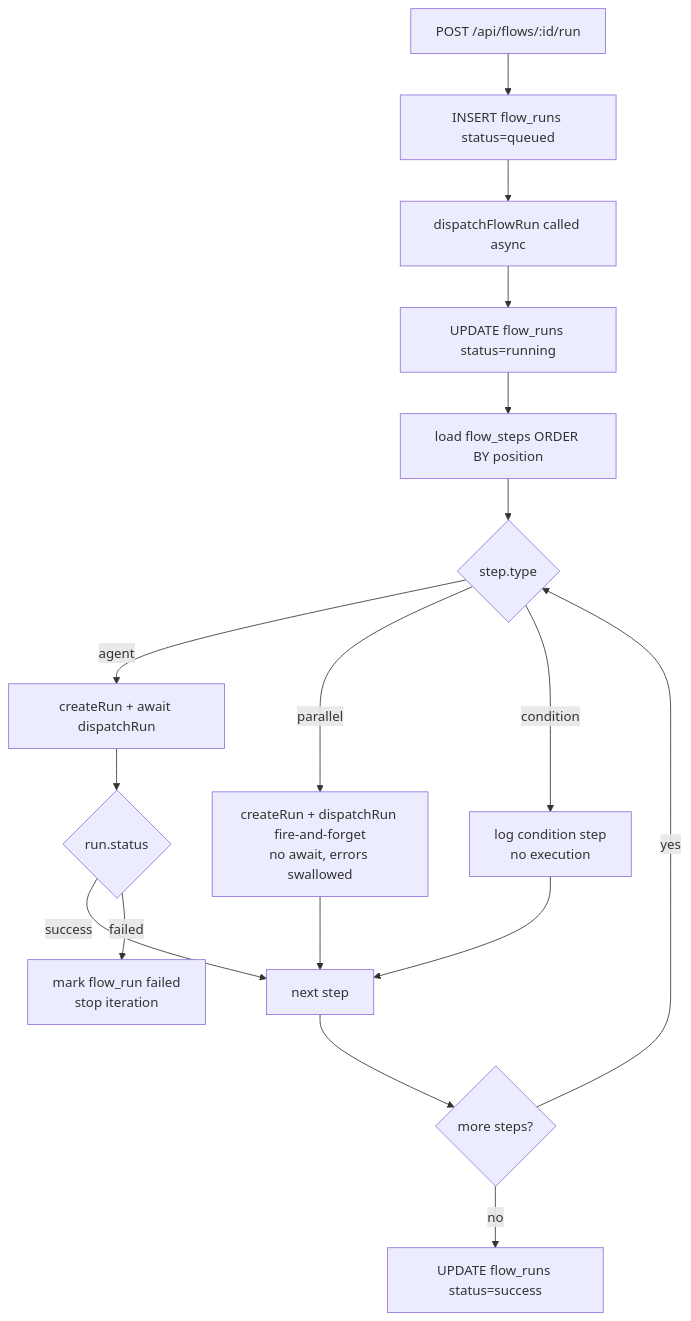
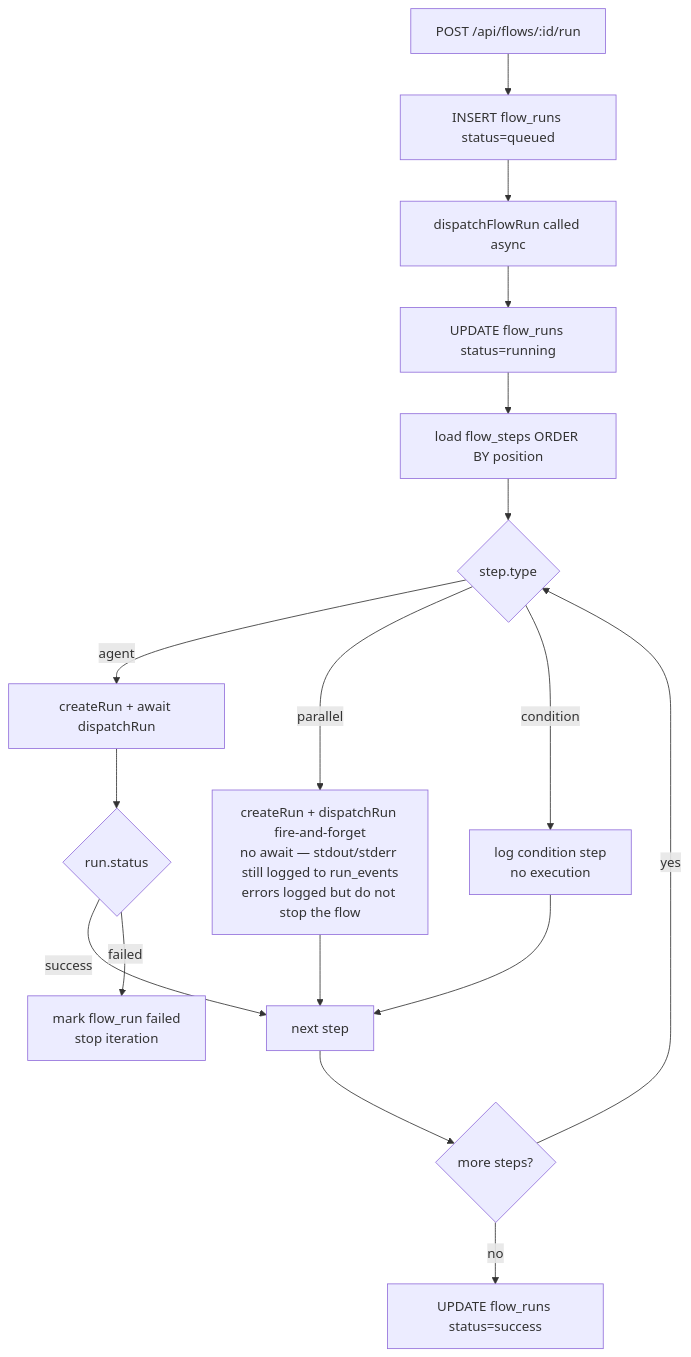
The third of 3 diagrams in docs/06-event-and-run-lifecycle.md (garciarsdiego/Foundry-Git), drawn with Mermaid before and after one commit. The commit also changed other lines of this file and 2 other files, not shown here.

Commit message:
docs: address review feedback on auth, lifecycle, and agent memory docs
- 04-auth-and-rbac.md: clarify FOUNDRY_ADMIN_PASSWORD and FOUNDRY_JWT_SECRET
  are two distinct environment variables with separate purposes
- 06-event-and-run-lifecycle.md: clarify parallel step failures are still logged
  to run_events and can be monitored via SSE; they do not stop the flow
- 09-agent-configuration.md: fix agent_memories schema — use memory_key and
  content column names matching actual SQLite schema; add session_id field

````diff
--- a/docs/06-event-and-run-lifecycle.md
+++ b/docs/06-event-and-run-lifecycle.md
@@ -244,23 +244,23 @@
 ```mermaid
 flowchart TD
     A[POST /api/flows/:id/run] --> B[INSERT flow_runs status=queued]
     B --> C[dispatchFlowRun called async]
     C --> D[UPDATE flow_runs status=running]
     D --> E[load flow_steps ORDER BY position]
     E --> F{step.type}
 
     F -->|agent| G[createRun + await dispatchRun]
     G --> H{run.status}
     H -->|success| I[next step]
     H -->|failed| J[mark flow_run failed\nstop iteration]
 
-    F -->|parallel| K[createRun + dispatchRun fire-and-forget\nno await, errors swallowed]
+    F -->|parallel| K[createRun + dispatchRun fire-and-forget\nno await — stdout/stderr still logged to run_events\nerrors logged but do not stop the flow]
     K --> I
 
     F -->|condition| L[log condition step\nno execution]
     L --> I
 
     I --> M{more steps?}
     M -->|yes| F
     M -->|no| N[UPDATE flow_runs status=success]
 ```
````
